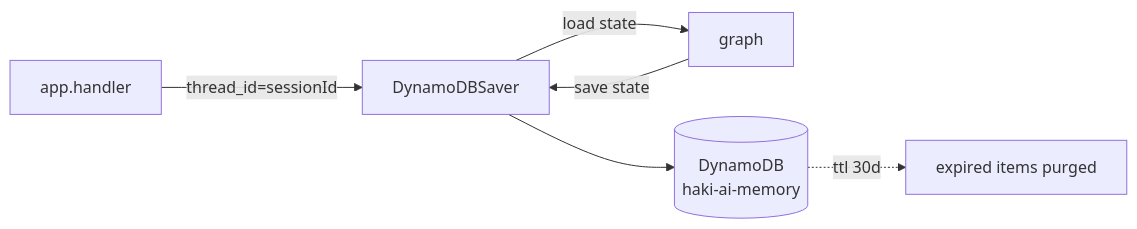
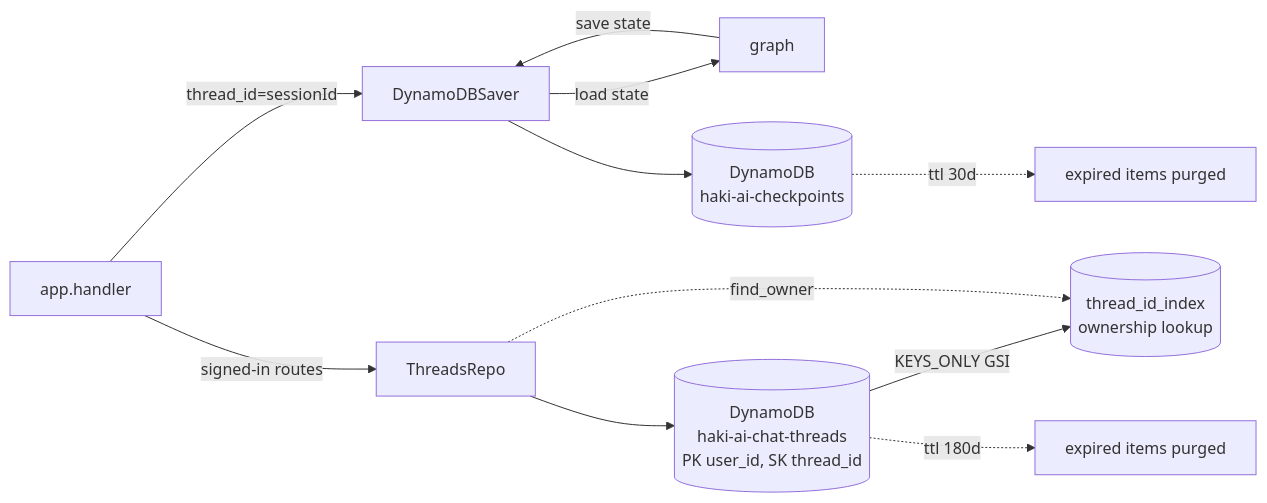
The diagram in backend/memory/CLAUDE.md (davenjeru/haki-ai), drawn with Mermaid before and after one commit. The commit also changed other lines of this file and 3 other files, not shown here.

First line of the commit message:
docs: document Clerk auth + per-user thread index end-to-end

````diff
--- a/backend/memory/CLAUDE.md
+++ b/backend/memory/CLAUDE.md
@@ -15,8 +40,14 @@
 ```mermaid
 flowchart LR
   h[app.handler] -->|thread_id=sessionId| ck[DynamoDBSaver]
   ck -->|load state| g[graph]
   g -->|save state| ck
-  ck --> ddb[(DynamoDB<br/>haki-ai-memory)]
-  ddb -.ttl 30d.-> ex[expired items purged]
+  ck --> ddb1[(DynamoDB<br/>haki-ai-checkpoints)]
+  ddb1 -.ttl 30d.-> ex1[expired items purged]
+
+  h -->|signed-in routes| tr[ThreadsRepo]
+  tr --> ddb2[("DynamoDB<br/>haki-ai-chat-threads<br/>PK user_id, SK thread_id")]
+  ddb2 -- KEYS_ONLY GSI --> idx[("thread_id_index<br/>ownership lookup")]
+  tr -.find_owner.-> idx
+  ddb2 -.ttl 180d.-> ex2[expired items purged]
 ```
````
